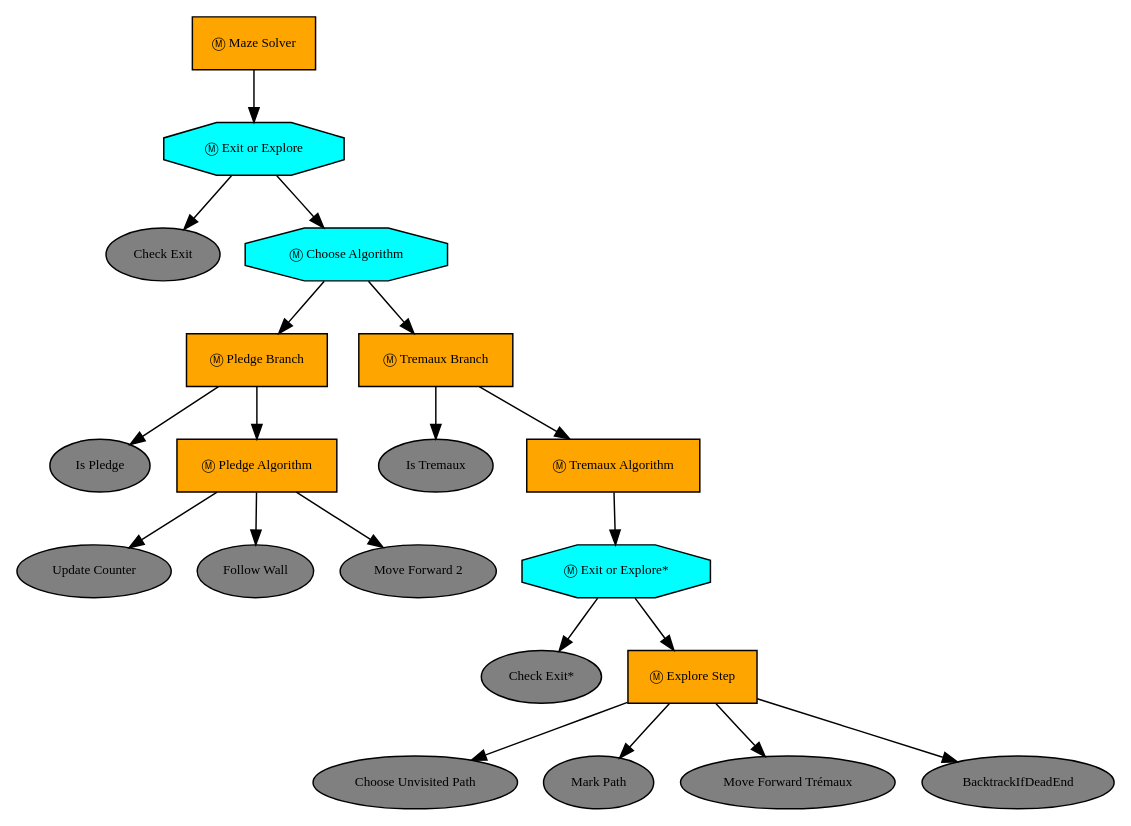
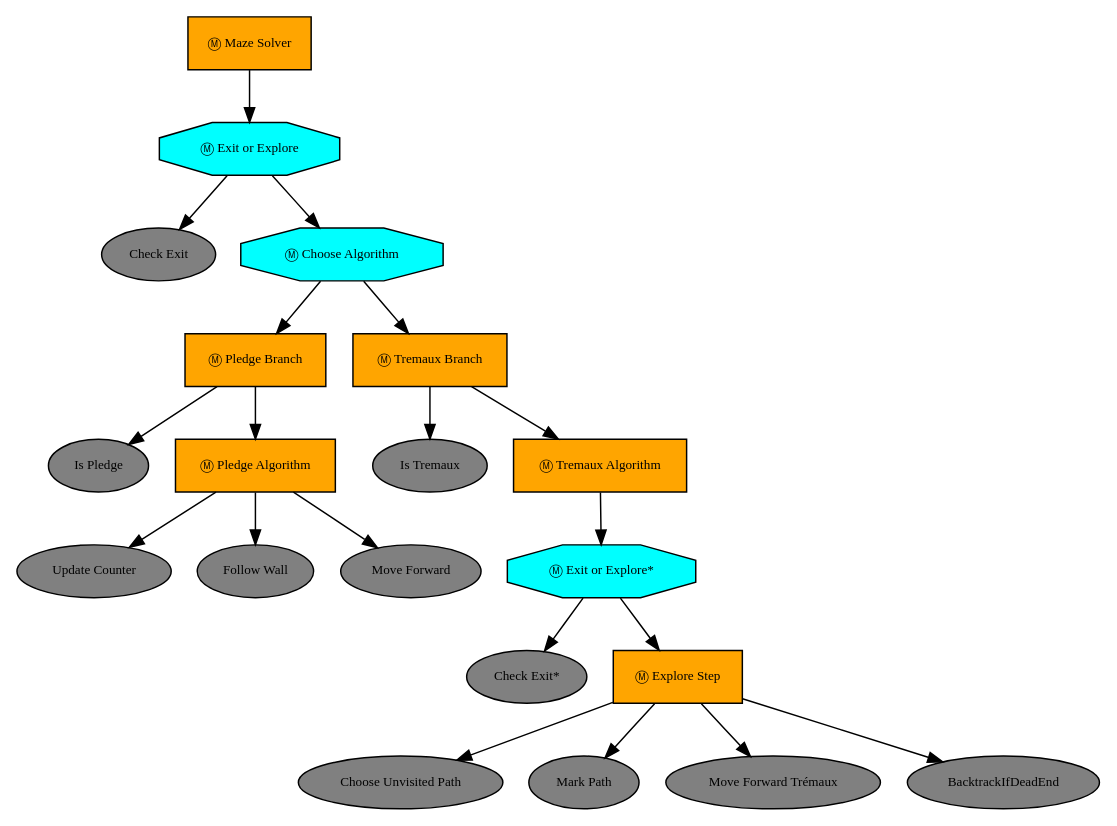
One commit to Di-Simone-dev/iRobot-maze-solver changed the diagram in python-simulation/src/graphical_trees/maze.dot. Above: the diagram before and after it, drawn with Graphviz. The commit also changed 7 other files, not shown here.

```diff
--- a/python-simulation/src/graphical_trees/maze.dot
+++ b/python-simulation/src/graphical_trees/maze.dot
@@ -1,45 +1,45 @@
 digraph pastafarianism {
 ordering=out;
 graph [fontname="times-roman"];
 node [fontname="times-roman"];
 edge [fontname="times-roman"];
 "Maze Solver" [label="Ⓜ Maze Solver", shape=box, style=filled, fillcolor=orange, fontsize=9, fontcolor=black];
 "Exit or Explore" [label="Ⓜ Exit or Explore", shape=octagon, style=filled, fillcolor=cyan, fontsize=9, fontcolor=black];
 "Maze Solver" -> "Exit or Explore";
 "Check Exit" [label="Check Exit", shape=ellipse, style=filled, fillcolor=gray, fontsize=9, fontcolor=black];
 "Exit or Explore" -> "Check Exit";
 "Choose Algorithm" [label="Ⓜ Choose Algorithm", shape=octagon, style=filled, fillcolor=cyan, fontsize=9, fontcolor=black];
 "Exit or Explore" -> "Choose Algorithm";
 "Pledge Branch" [label="Ⓜ Pledge Branch", shape=box, style=filled, fillcolor=orange, fontsize=9, fontcolor=black];
 "Choose Algorithm" -> "Pledge Branch";
 "Is Pledge" [label="Is Pledge", shape=ellipse, style=filled, fillcolor=gray, fontsize=9, fontcolor=black];
 "Pledge Branch" -> "Is Pledge";
 "Pledge Algorithm" [label="Ⓜ Pledge Algorithm", shape=box, style=filled, fillcolor=orange, fontsize=9, fontcolor=black];
 "Pledge Branch" -> "Pledge Algorithm";
 "Update Counter" [label="Update Counter", shape=ellipse, style=filled, fillcolor=gray, fontsize=9, fontcolor=black];
 "Pledge Algorithm" -> "Update Counter";
 "Follow Wall" [label="Follow Wall", shape=ellipse, style=filled, fillcolor=gray, fontsize=9, fontcolor=black];
 "Pledge Algorithm" -> "Follow Wall";
-"Move Forward 2" [label="Move Forward 2", shape=ellipse, style=filled, fillcolor=gray, fontsize=9, fontcolor=black];
-"Pledge Algorithm" -> "Move Forward 2";
+"Move Forward" [label="Move Forward", shape=ellipse, style=filled, fillcolor=gray, fontsize=9, fontcolor=black];
+"Pledge Algorithm" -> "Move Forward";
 "Tremaux Branch" [label="Ⓜ Tremaux Branch", shape=box, style=filled, fillcolor=orange, fontsize=9, fontcolor=black];
 "Choose Algorithm" -> "Tremaux Branch";
 "Is Tremaux" [label="Is Tremaux", shape=ellipse, style=filled, fillcolor=gray, fontsize=9, fontcolor=black];
 "Tremaux Branch" -> "Is Tremaux";
 "Tremaux Algorithm" [label="Ⓜ Tremaux Algorithm", shape=box, style=filled, fillcolor=orange, fontsize=9, fontcolor=black];
 "Tremaux Branch" -> "Tremaux Algorithm";
 "Exit or Explore*" [label="Ⓜ Exit or Explore*", shape=octagon, style=filled, fillcolor=cyan, fontsize=9, fontcolor=black];
 "Tremaux Algorithm" -> "Exit or Explore*";
 "Check Exit*" [label="Check Exit*", shape=ellipse, style=filled, fillcolor=gray, fontsize=9, fontcolor=black];
 "Exit or Explore*" -> "Check Exit*";
 "Explore Step" [label="Ⓜ Explore Step", shape=box, style=filled, fillcolor=orange, fontsize=9, fontcolor=black];
 "Exit or Explore*" -> "Explore Step";
 "Choose Unvisited Path" [label="Choose Unvisited Path", shape=ellipse, style=filled, fillcolor=gray, fontsize=9, fontcolor=black];
 "Explore Step" -> "Choose Unvisited Path";
 "Mark Path" [label="Mark Path", shape=ellipse, style=filled, fillcolor=gray, fontsize=9, fontcolor=black];
 "Explore Step" -> "Mark Path";
 "Move Forward Trémaux" [label="Move Forward Trémaux", shape=ellipse, style=filled, fillcolor=gray, fontsize=9, fontcolor=black];
 "Explore Step" -> "Move Forward Trémaux";
 BacktrackIfDeadEnd [label=BacktrackIfDeadEnd, shape=ellipse, style=filled, fillcolor=gray, fontsize=9, fontcolor=black];
 "Explore Step" -> BacktrackIfDeadEnd;
 }
```
